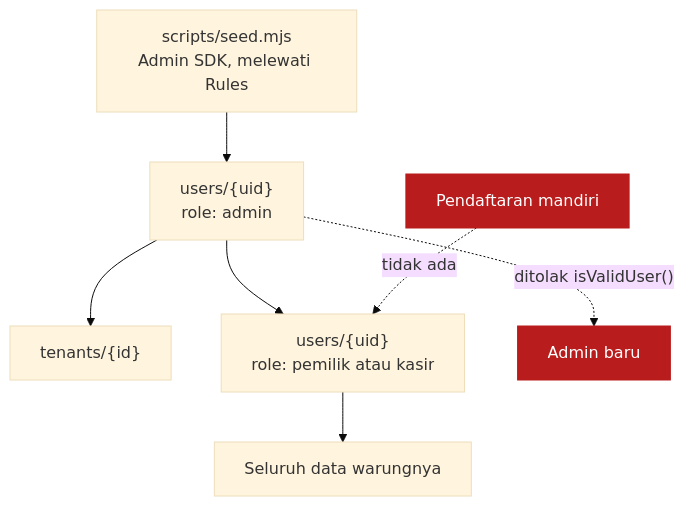
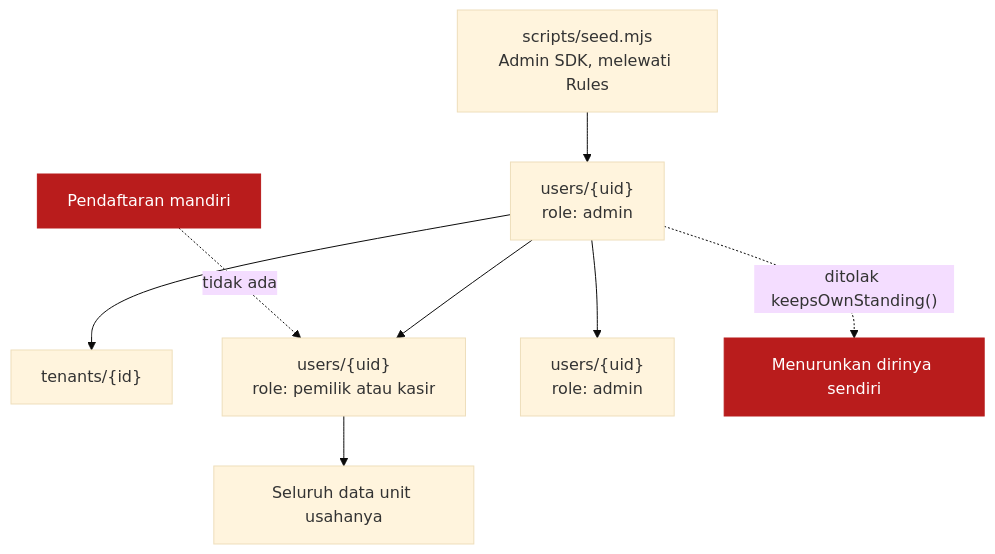
The fourth of 9 diagrams in docs/multi-warung.md (nadhimc/simple-pos-kkn-agung), drawn with Mermaid (base theme) before and after one commit. The commit also changed other lines of this file and 6 other files, not shown here.

````diff
--- a/docs/multi-warung.md
+++ b/docs/multi-warung.md
@@ -121,13 +123,14 @@
 ```mermaid
 flowchart TD
   SEED["scripts/seed.mjs<br/>Admin SDK, melewati Rules"] --> ADMIN["users/{uid}<br/>role: admin"]
   ADMIN --> TENANT["tenants/{id}"]
   ADMIN --> USER["users/{uid}<br/>role: pemilik atau kasir"]
-  USER --> DATA["Seluruh data warungnya"]
+  ADMIN --> ADMIN2["users/{uid}<br/>role: admin"]
+  USER --> DATA["Seluruh data unit usahanya"]
 
   SELF["Pendaftaran mandiri"] -.->|"tidak ada"| USER
-  ADMIN -.->|"ditolak isValidUser()"| ADMIN2["Admin baru"]
+  ADMIN -.->|"ditolak keepsOwnStanding()"| DEMOTE["Menurunkan dirinya sendiri"]
 
   classDef no fill:#b91c1c,stroke:#b91c1c,color:#ffffff
-  class SELF,ADMIN2 no
+  class SELF,DEMOTE no
 ```
````
